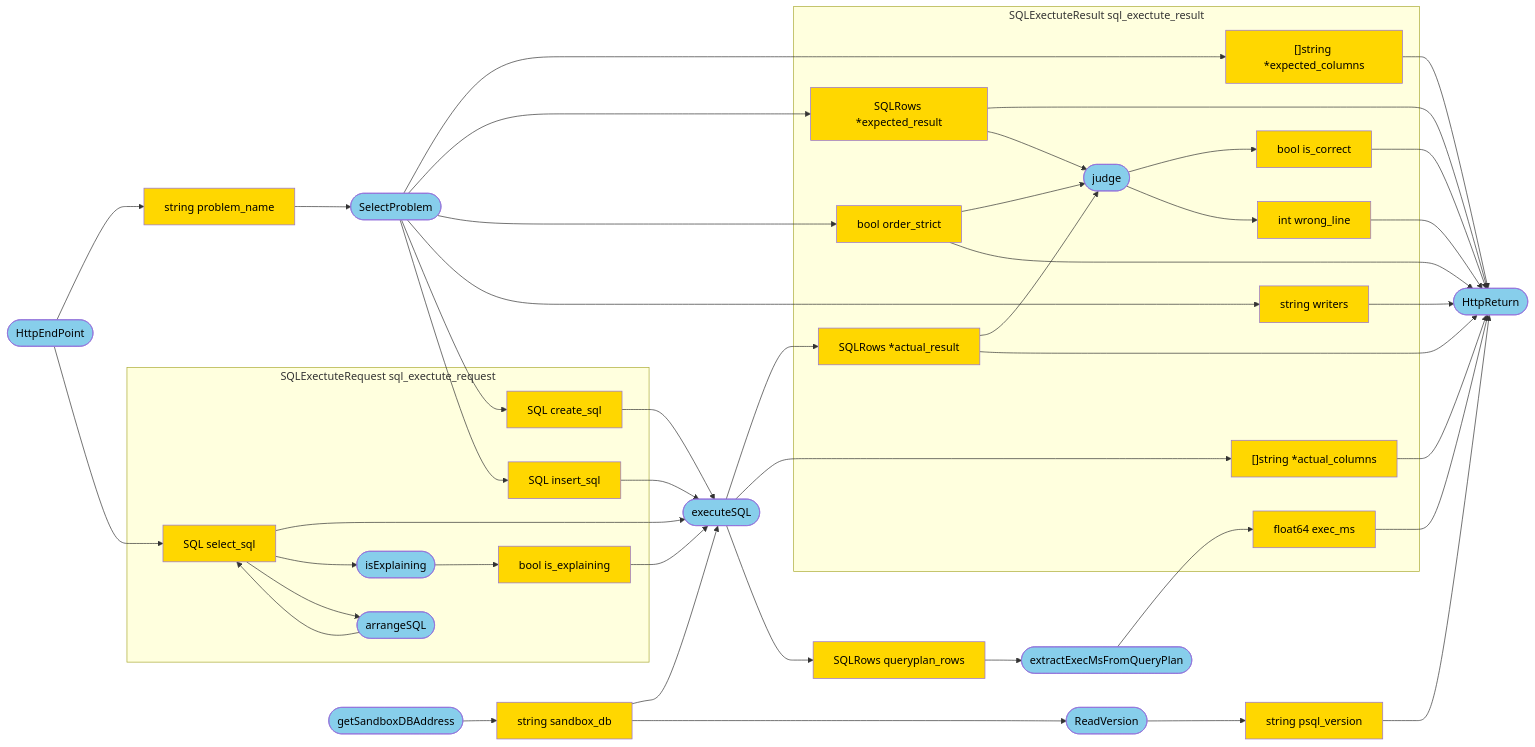
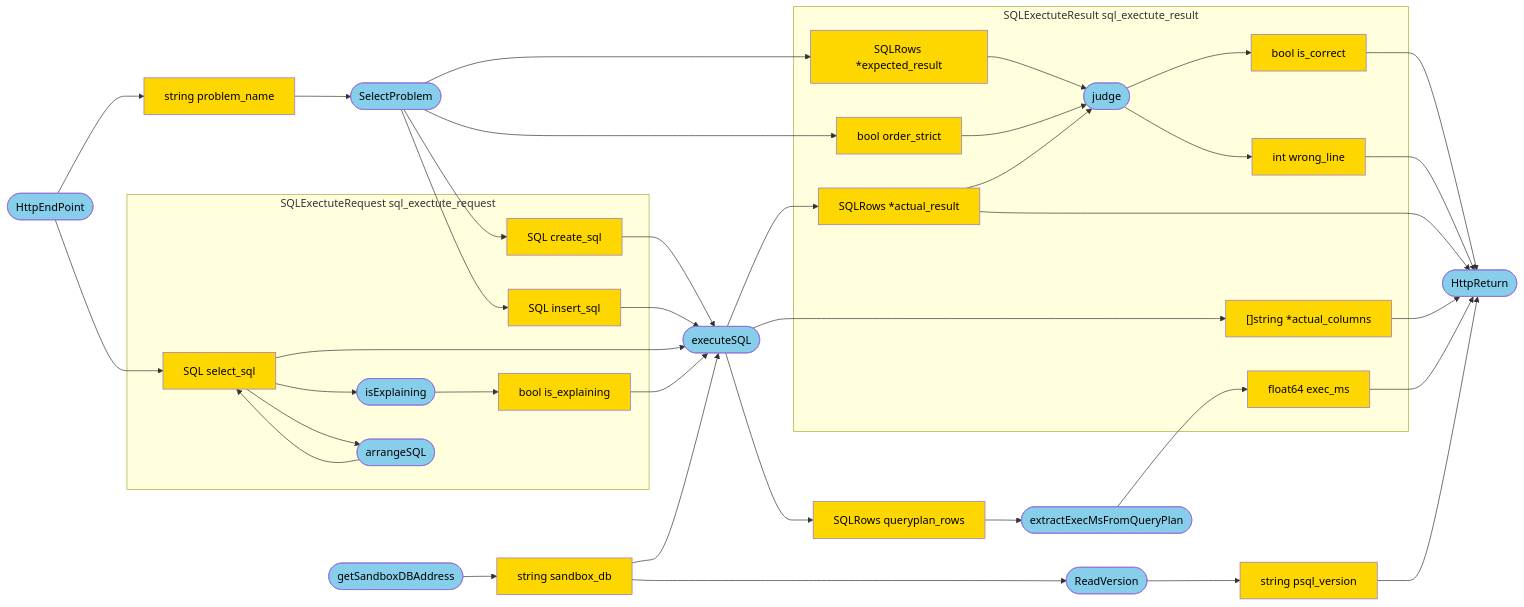
One commit to ryhoh/SQLover changed the first of 3 diagrams in internal/judge/doc.md. Above: the diagram before and after it, drawn with Mermaid. The commit also changed other lines of this file and 5 other files, not shown here.

````diff
--- a/internal/judge/doc.md
+++ b/internal/judge/doc.md
@@ -3,81 +3,72 @@
 ```mermaid
 graph LR
     sandbox_db --> executeSQL([executeSQL])
     %%SQLoversDB[(SQLoversDB)] --> SelectCreateSQL([SelectCreateSQL])
     %%SQLoversDB[(SQLoversDB)] --> SelectInsertSQL([SelectInsertSQL])
 
     subgraph SQLExectuteRequest[SQLExectuteRequest sql_exectute_request]
         create_sql[SQL create_sql]
         insert_sql[SQL insert_sql]
         select_sql[SQL select_sql]
         is_explaining[bool is_explaining]
 
         isExplaining([isExplaining])
         arrangeSQL([arrangeSQL])
     end
     
     
     subgraph SQLExectuteResult[SQLExectuteResult sql_exectute_result]
         expected_result[SQLRows *expected_result]
         actual_result[SQLRows *actual_result]
-        expected_columns["[]string" *expected_columns]
         actual_columns["[]string" *actual_columns]
         order_strict[bool order_strict]
         is_correct[bool is_correct]
         wrong_line[int wrong_line]
         exec_ms[float64 exec_ms]
-        writers[string writers]
         
         judge([judge])
     end
 
     HttpEndPoint([HttpEndPoint]) --> problem_name[string problem_name]
     problem_name --> SelectProblem([SelectProblem])
     SelectProblem --> create_sql
     SelectProblem --> insert_sql
-    SelectProblem --> expected_columns
     SelectProblem --> expected_result
     SelectProblem --> order_strict
-    SelectProblem --> writers
     HttpEndPoint --> select_sql
     create_sql --> executeSQL
     insert_sql --> executeSQL
     select_sql --> executeSQL
     select_sql --> isExplaining([isExplaining]) --> is_explaining --> executeSQL
     select_sql --> arrangeSQL([arrangeSQL]) --> select_sql
     executeSQL --> actual_result
     executeSQL --> actual_columns
     executeSQL --> queryplan_rows[SQLRows queryplan_rows]
     queryplan_rows --> extractExecMsFromQueryPlan([extractExecMsFromQueryPlan])
     extractExecMsFromQueryPlan --> exec_ms
 
-    expected_result --> HttpReturn([HttpReturn])
-
     expected_result --> judge
     actual_result --> judge
     order_strict --> judge
     judge --> is_correct
     judge --> wrong_line
     
     getSandboxDBAddress([getSandboxDBAddress]) --> sandbox_db[string sandbox_db]
 
-    actual_result --> HttpReturn
-    expected_columns --> HttpReturn
+    actual_result --> HttpReturn([HttpReturn])
     actual_columns --> HttpReturn
     is_correct --> HttpReturn
     wrong_line --> HttpReturn
-    order_strict --> HttpReturn
     exec_ms --> HttpReturn
-    writers --> HttpReturn
 
     sandbox_db --> ReadVersion([ReadVersion]) --> psql_version[string psql_version] --> HttpReturn
 
     %% style
     classDef func fill:skyblue,color:#000
     classDef data fill:gold,color:#000
     classDef database fill:lightgray,color:#000
 
     class getSandboxDBAddress,executeSQL,HttpEndPoint,judge,HttpReturn,arrangeSQL,SelectProblem,ReadVersion,isExplaining,extractExecMsFromQueryPlan func;
     class sandbox_db,create_sql,insert_sql,select_sql,expected_result,actual_result,order_strict,expected_columns,actual_columns,is_correct,wrong_line,problem_name,base_table,exec_ms,psql_version,is_explaining,queryplan_rows,writers data;
     class SQLoversDB database;
 ```
````
